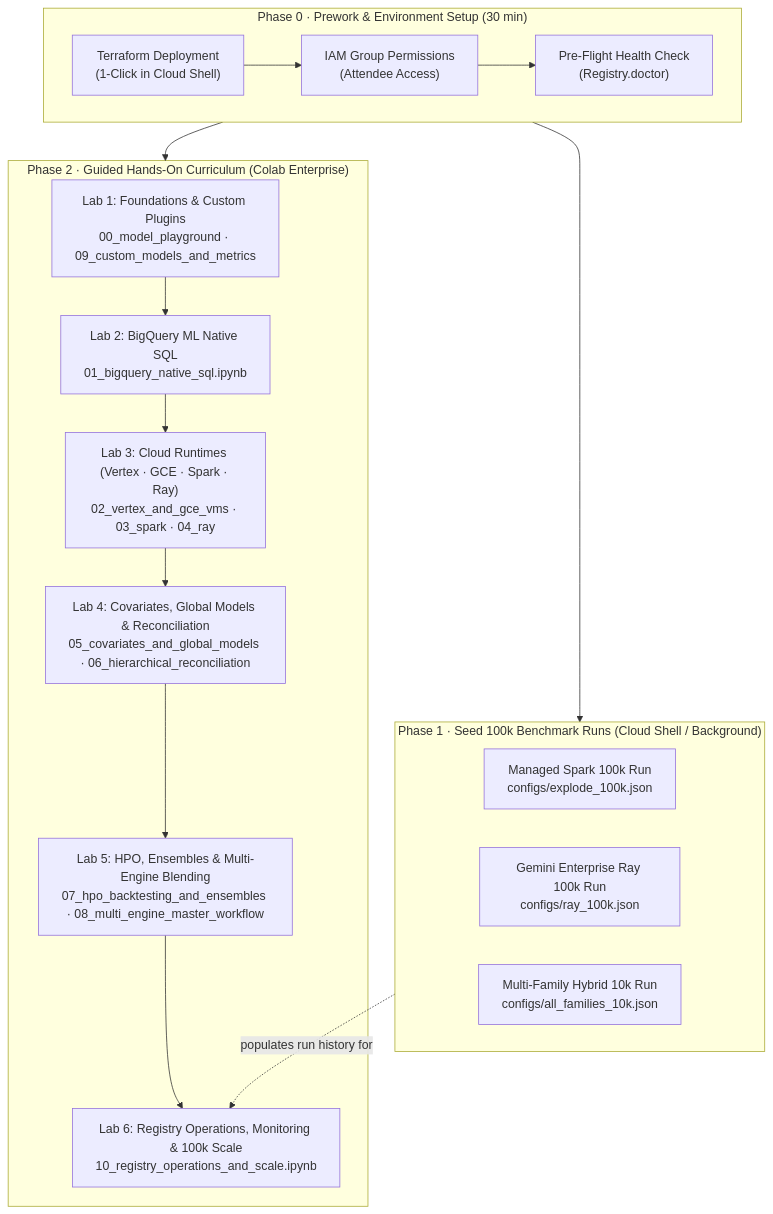
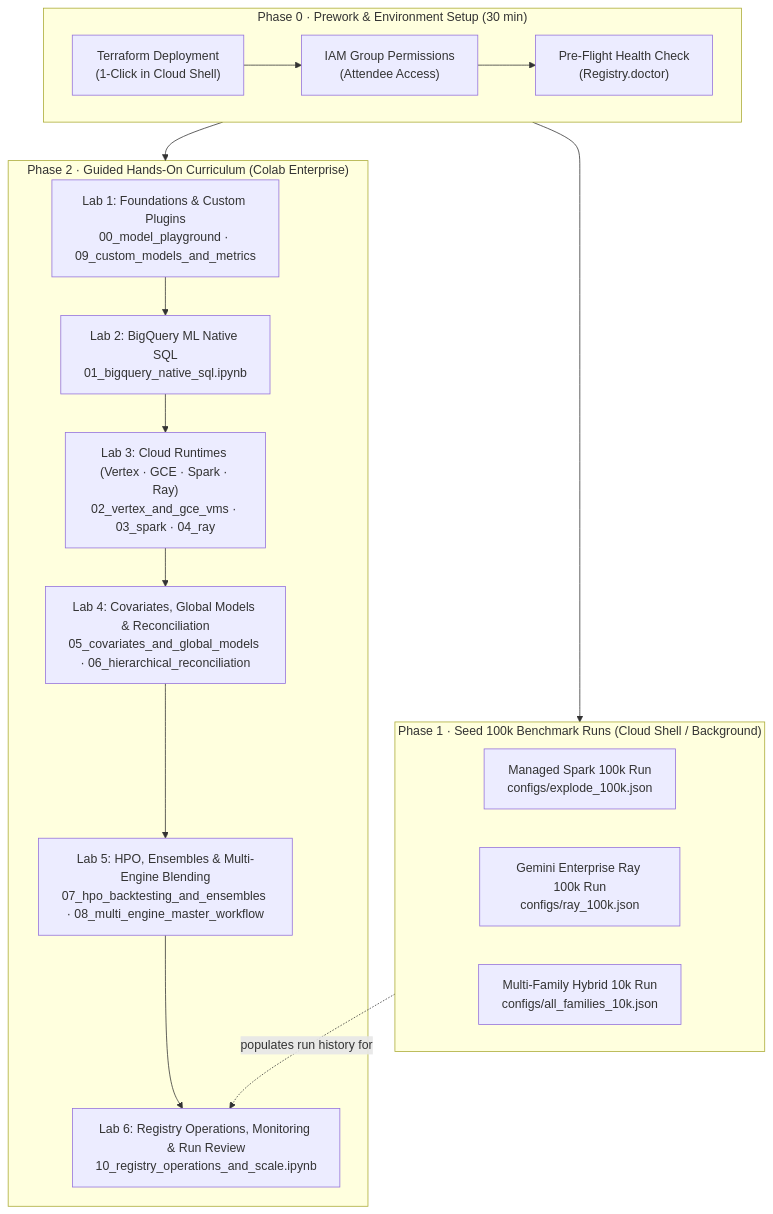
One commit to statmike/scale-forecasting changed the diagram in docs/workshop.md. Above: the diagram before and after it, drawn with Mermaid. The commit also changed other lines of this file and 20 other files, not shown here.

````diff
--- a/docs/workshop.md
+++ b/docs/workshop.md
@@ -8,29 +8,29 @@
 ```mermaid
 flowchart TD
     subgraph Prework["Phase 0 · Prework & Environment Setup (30 min)"]
         P1["Terraform Deployment<br/>(1-Click in Cloud Shell)"]
         P2["IAM Group Permissions<br/>(Attendee Access)"]
         P3["Pre-Flight Health Check<br/>(Registry.doctor)"]
         P1 --> P2 --> P3
     end
 
     subgraph Batch["Phase 1 · Seed 100k Benchmark Runs (Cloud Shell / Background)"]
         B1["Managed Spark 100k Run<br/>configs/explode_100k.json"]
         B2["Gemini Enterprise Ray 100k Run<br/>configs/ray_100k.json"]
         B3["Multi-Family Hybrid 10k Run<br/>configs/all_families_10k.json"]
     end
 
     subgraph Labs["Phase 2 · Guided Hands-On Curriculum (Colab Enterprise)"]
         L1["Lab 1: Foundations & Custom Plugins<br/>00_model_playground · 09_custom_models_and_metrics"]
         L2["Lab 2: BigQuery ML Native SQL<br/>01_bigquery_native_sql.ipynb"]
         L3["Lab 3: Cloud Runtimes (Vertex · GCE · Spark · Ray)<br/>02_vertex_and_gce_vms · 03_spark · 04_ray"]
         L4["Lab 4: Covariates, Global Models & Reconciliation<br/>05_covariates_and_global_models · 06_hierarchical_reconciliation"]
         L5["Lab 5: HPO, Ensembles & Multi-Engine Blending<br/>07_hpo_backtesting_and_ensembles · 08_multi_engine_master_workflow"]
-        L6["Lab 6: Registry Operations, Monitoring & 100k Scale<br/>10_registry_operations_and_scale.ipynb"]
+        L6["Lab 6: Registry Operations, Monitoring & Run Review<br/>10_registry_operations_and_scale.ipynb"]
         L1 --> L2 --> L3 --> L4 --> L5 --> L6
     end
 
     Prework --> Batch
     Prework --> Labs
     Batch -.->|populates run history for| L6
 ```
````
